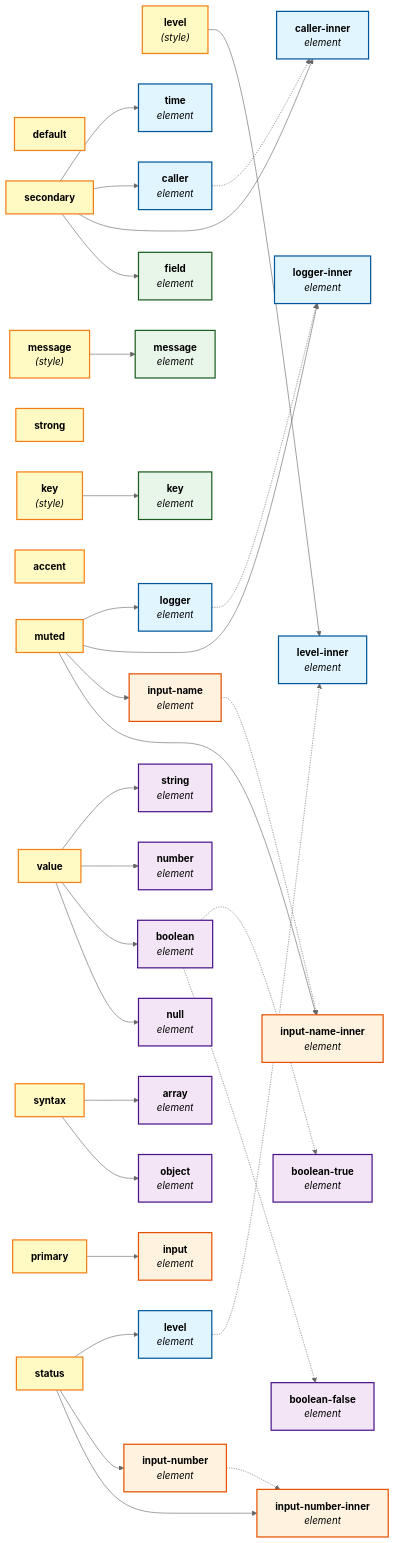
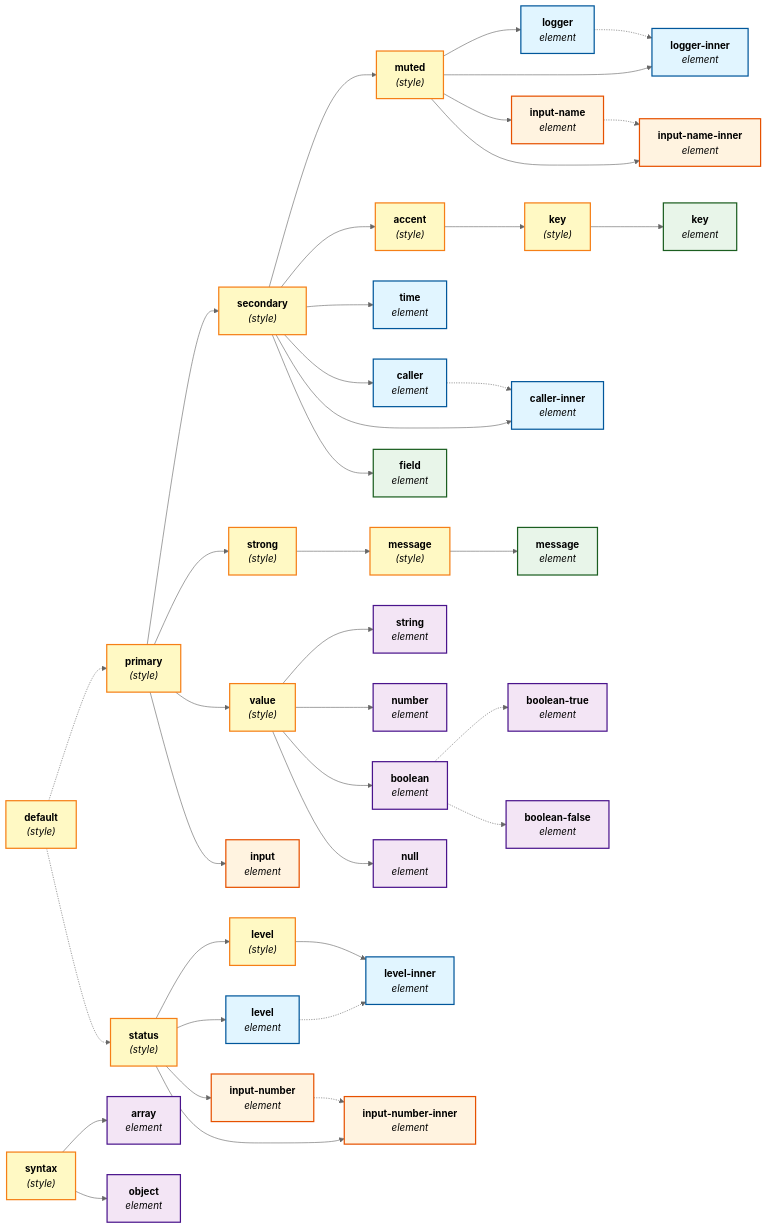
One commit to pamburus/hl changed the diagram in doc/theme-element-inheritance.mmd. Above: the diagram before and after it, drawn with Mermaid. The commit also changed 2 other files, not shown here.

```diff
--- a/doc/theme-element-inheritance.mmd
+++ b/doc/theme-element-inheritance.mmd
@@ -1,94 +1,106 @@
 %%{init: {'theme':'base','themeVariables':{'primaryColor':'#e1f5ff','primaryTextColor':'#000','primaryBorderColor':'#01579b','lineColor':'#666','secondaryColor':'#fff9c4','tertiaryColor':'#f3e5f5','background':'transparent','mainBkg':'transparent','secondaryBkg':'transparent','tertiaryBkg':'transparent'}}}%%
 graph LR
     %% Style roles (from previous diagram)
-    default["<b>default</b>"]
-    primary["<b>primary</b>"]
-    secondary["<b>secondary</b>"]
-    strong["<b>strong</b>"]
-    muted["<b>muted</b>"]
-    accent["<b>accent</b>"]
+    default["<b>default</b><br/><i>(style)</i>"]
+    primary["<b>primary</b><br/><i>(style)</i>"]
+    secondary["<b>secondary</b><br/><i>(style)</i>"]
+    strong["<b>strong</b><br/><i>(style)</i>"]
+    muted["<b>muted</b><br/><i>(style)</i>"]
+    accent["<b>accent</b><br/><i>(style)</i>"]
     message_style["<b>message</b><br/><i>(style)</i>"]
     key_style["<b>key</b><br/><i>(style)</i>"]
-    value["<b>value</b>"]
-    syntax["<b>syntax</b>"]
-    status["<b>status</b>"]
+    value["<b>value</b><br/><i>(style)</i>"]
+    syntax["<b>syntax</b><br/><i>(style)</i>"]
+    status["<b>status</b><br/><i>(style)</i>"]
     level_style["<b>level</b><br/><i>(style)</i>"]
 
     %% Metadata elements
     time["<b>time</b><br/><i>element</i>"]
     level["<b>level</b><br/><i>element</i>"]
     level_inner["<b>level-inner</b><br/><i>element</i>"]
     logger["<b>logger</b><br/><i>element</i>"]
     logger_inner["<b>logger-inner</b><br/><i>element</i>"]
     caller["<b>caller</b><br/><i>element</i>"]
     caller_inner["<b>caller-inner</b><br/><i>element</i>"]
 
     %% Message elements
     message["<b>message</b><br/><i>element</i>"]
     key["<b>key</b><br/><i>element</i>"]
     field["<b>field</b><br/><i>element</i>"]
 
     %% Value elements
     string["<b>string</b><br/><i>element</i>"]
     number["<b>number</b><br/><i>element</i>"]
     boolean["<b>boolean</b><br/><i>element</i>"]
     boolean_true["<b>boolean-true</b><br/><i>element</i>"]
     boolean_false["<b>boolean-false</b><br/><i>element</i>"]
     null["<b>null</b><br/><i>element</i>"]
     array["<b>array</b><br/><i>element</i>"]
     object["<b>object</b><br/><i>element</i>"]
 
     %% Input elements
     input["<b>input</b><br/><i>element</i>"]
     input_number["<b>input-number</b><br/><i>element</i>"]
     input_number_inner["<b>input-number-inner</b><br/><i>element</i>"]
     input_name["<b>input-name</b><br/><i>element</i>"]
     input_name_inner["<b>input-name-inner</b><br/><i>element</i>"]
+
+    %% Style inheritance (from role diagram)
+    default -.-> primary
+    default -.-> status
+    primary --> secondary
+    primary --> strong
+    primary --> value
+    secondary --> muted
+    secondary --> accent
+    accent --> key_style
+    strong --> message_style
+    status --> level_style
 
     %% Style to element inheritance
     secondary --> time
     status --> level
     level_style --> level_inner
     muted --> logger
     muted --> logger_inner
     secondary --> caller
     secondary --> caller_inner
 
     message_style --> message
     key_style --> key
     secondary --> field
 
     value --> string
     value --> number
     value --> boolean
     value --> null
     syntax --> array
     syntax --> object
 
     primary --> input
     status --> input_number
     status --> input_number_inner
     muted --> input_name
     muted --> input_name_inner
 
     %% Parent-inner relationships (dashed)
     level -.-> level_inner
     logger -.-> logger_inner
     caller -.-> caller_inner
     input_number -.-> input_number_inner
     input_name -.-> input_name_inner
     boolean -.-> boolean_true
     boolean -.-> boolean_false
 
     %% Style definitions
     classDef styleRole fill:#fff9c4,stroke:#f57f17,stroke-width:2px,color:#000
     classDef element fill:#e8f5e9,stroke:#1b5e20,stroke-width:2px,color:#000
     classDef metadataElement fill:#e1f5ff,stroke:#01579b,stroke-width:2px,color:#000
     classDef valueElement fill:#f3e5f5,stroke:#4a148c,stroke-width:2px,color:#000
     classDef inputElement fill:#fff3e0,stroke:#e65100,stroke-width:2px,color:#000
 
     class default,primary,secondary,strong,muted,accent,message_style,key_style,value,syntax,status,level_style styleRole
     class time,level,level_inner,logger,logger_inner,caller,caller_inner metadataElement
     class message,key,field element
     class string,number,boolean,boolean_true,boolean_false,null,array,object valueElement
     class input,input_number,input_number_inner,input_name,input_name_inner inputElement
```
